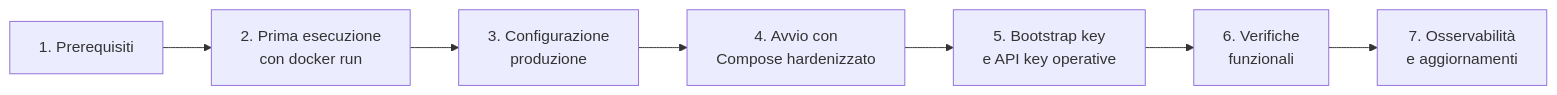
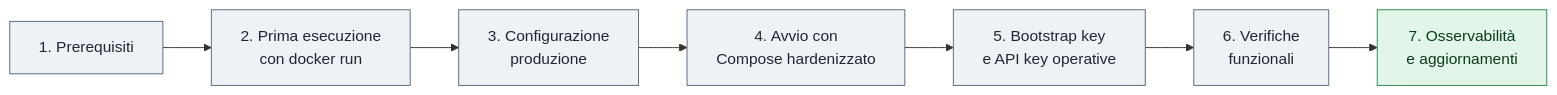
One commit to toresoft/sign-verify changed the diagram in docs/it/02b-guida-operativa-docker.md. Above: the diagram before and after it, drawn with Mermaid. The commit also changed other lines of this file and 23 other files, not shown here.

First line of the commit message:
docs: expand EN/IT guides with glossary and component-map diagram

````diff
--- a/docs/it/02b-guida-operativa-docker.md
+++ b/docs/it/02b-guida-operativa-docker.md
@@ -16,9 +16,14 @@
 ```mermaid
 flowchart LR
     A[1. Prerequisiti] --> B[2. Prima esecuzione\ncon docker run]
     B --> C[3. Configurazione\nproduzione]
     C --> D[4. Avvio con\nCompose hardenizzato]
     D --> E[5. Bootstrap key\ne API key operative]
     E --> F[6. Verifiche\nfunzionali]
     F --> G[7. Osservabilità\ne aggiornamenti]
+
+    classDef step fill:#eef1f5,stroke:#5b6b7c,color:#1f2733
+    classDef milestone fill:#e1f5e9,stroke:#2f8a4e,color:#0d3a1d
+    class A,B,C,D,E,F step
+    class G milestone
 ```
````
